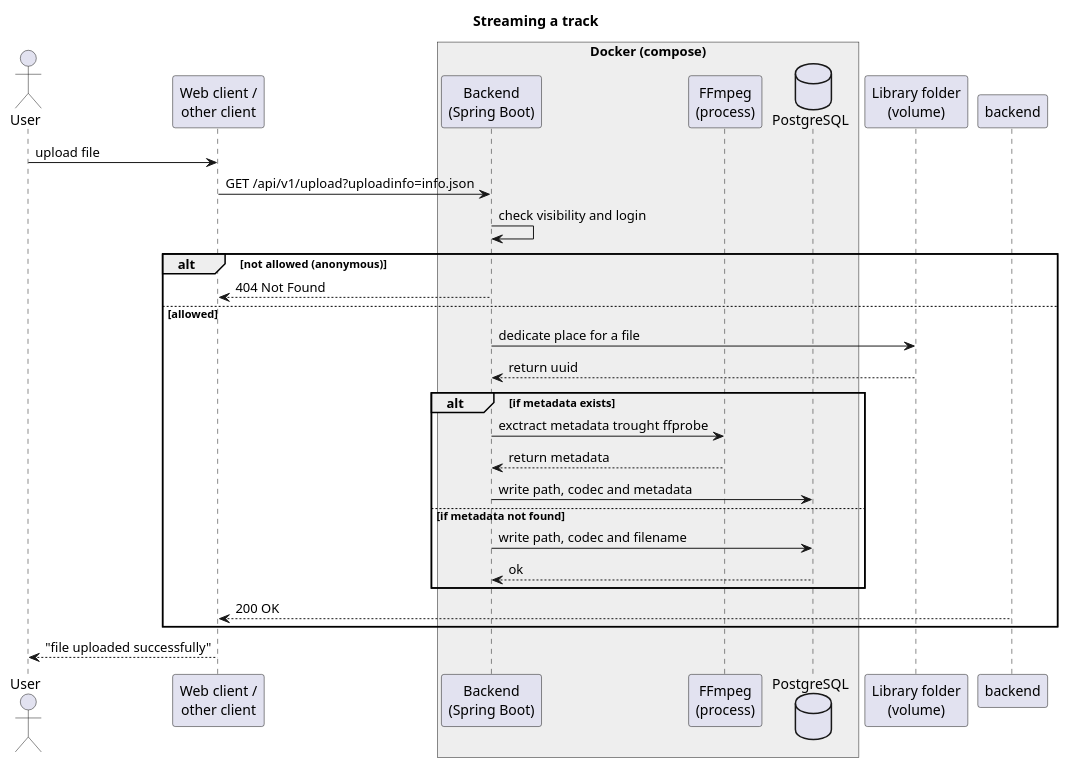
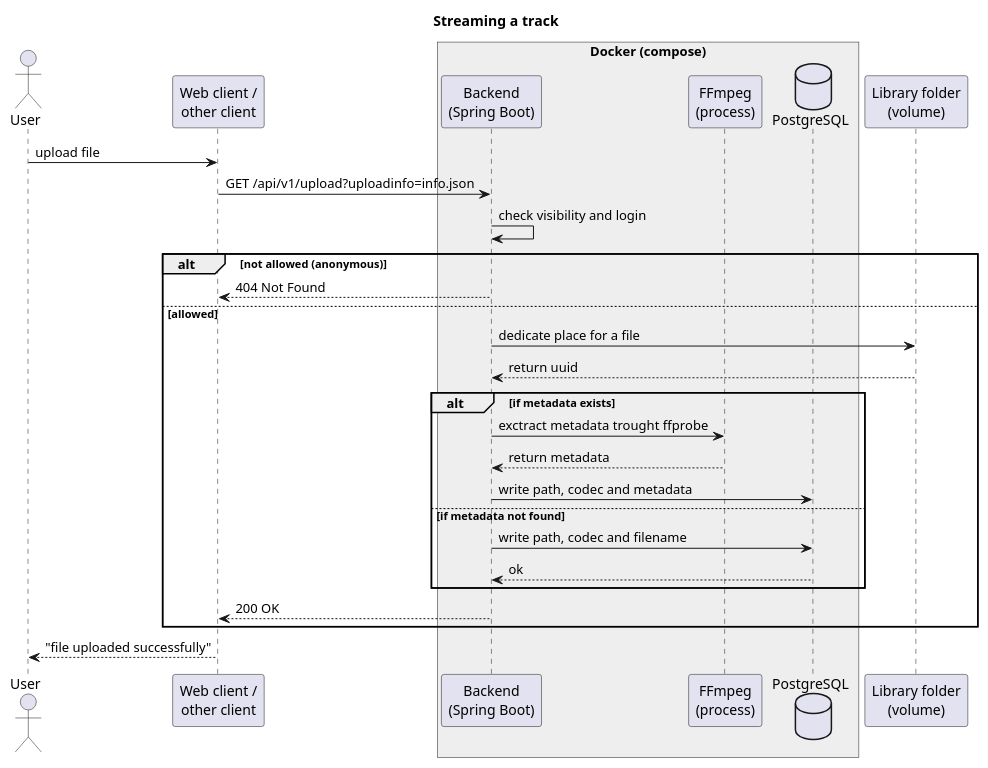
One commit to CapitanMurasa/impulse-streaming changed the diagram in docs/graphs/graph-upload.puml. Above: the diagram before and after it, drawn with PlantUML.

Commit message:
docs: fixed typo in graph-upload.puml

```diff
--- a/docs/graphs/graph-upload.puml
+++ b/docs/graphs/graph-upload.puml
@@ -1,34 +1,34 @@
 @startuml
 title Streaming a track
 
 actor User as user
 participant "Web client /\nother client" as client
 box "Docker (compose)" #EEEEEE
   participant "Backend\n(Spring Boot)" as api
   participant "FFmpeg\n(process)" as ffmpeg
   database "PostgreSQL" as db
 end box
 participant "Library folder\n(volume)" as storage
 
 user -> client : upload file
 client -> api : GET /api/v1/upload?uploadinfo=info.json
 api -> api : check visibility and login
 
 alt not allowed (anonymous)
   api --> client : 404 Not Found
 else allowed
   api -> storage: dedicate place for a file
   storage --> api: return uuid
   alt if metadata exists
   api -> ffmpeg: exctract metadata trought ffprobe
   ffmpeg --> api: return metadata
   api -> db: write path, codec and metadata
   else if metadata not found
   api -> db: write path, codec and filename
   db --> api: ok
   end
-  backend --> client: 200 OK
+  api --> client: 200 OK
 end
 
 client --> user : "file uploaded successfully"
 @enduml
```
